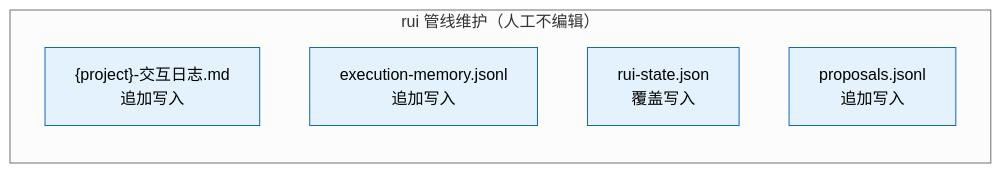
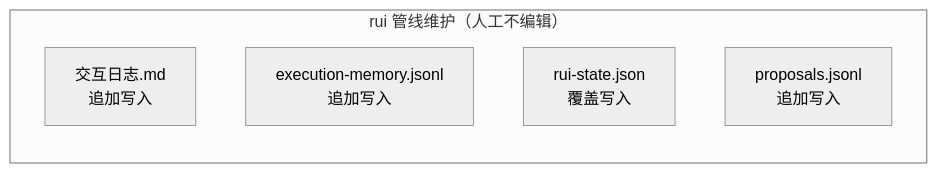
The fourth of 5 diagrams in skills/rui/coder.md (effiy/YrY), drawn with Mermaid (neutral theme) before and after one commit. The commit also changed other lines of this file and 61 other files, not shown here.

````diff
--- a/skills/rui/coder.md
+++ b/skills/rui/coder.md
@@ -135,11 +122,10 @@
 ```mermaid
 flowchart LR
     subgraph 管理["rui 管线维护（人工不编辑）"]
-        M0["{project}-交互日志.md<br/>追加写入"]:::data
+        M0["交互日志.md<br/>追加写入"]:::data
         M1["execution-memory.jsonl<br/>追加写入"]:::data
         M2["rui-state.json<br/>覆盖写入"]:::data
         M3["proposals.jsonl<br/>追加写入"]:::data
     end
 
-    classDef data fill:#e3f2fd,stroke:#1565c0;
 ```
````
